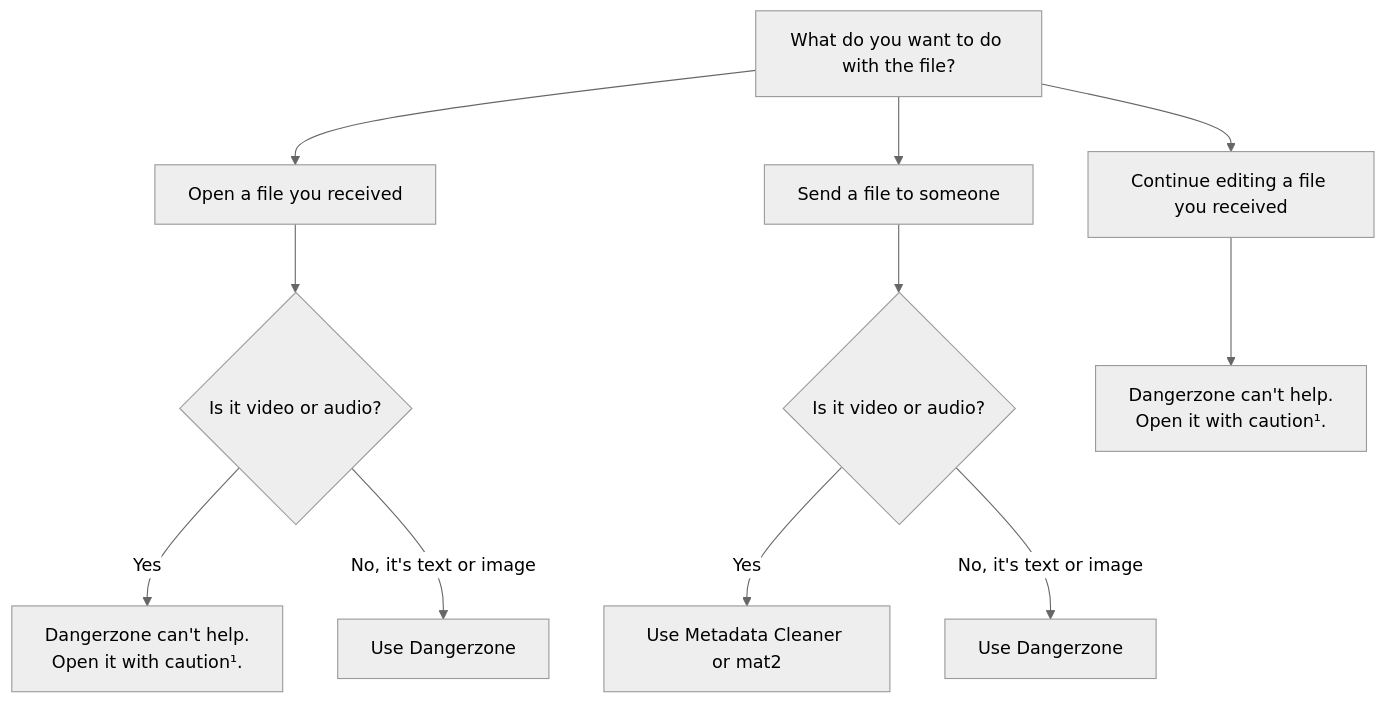
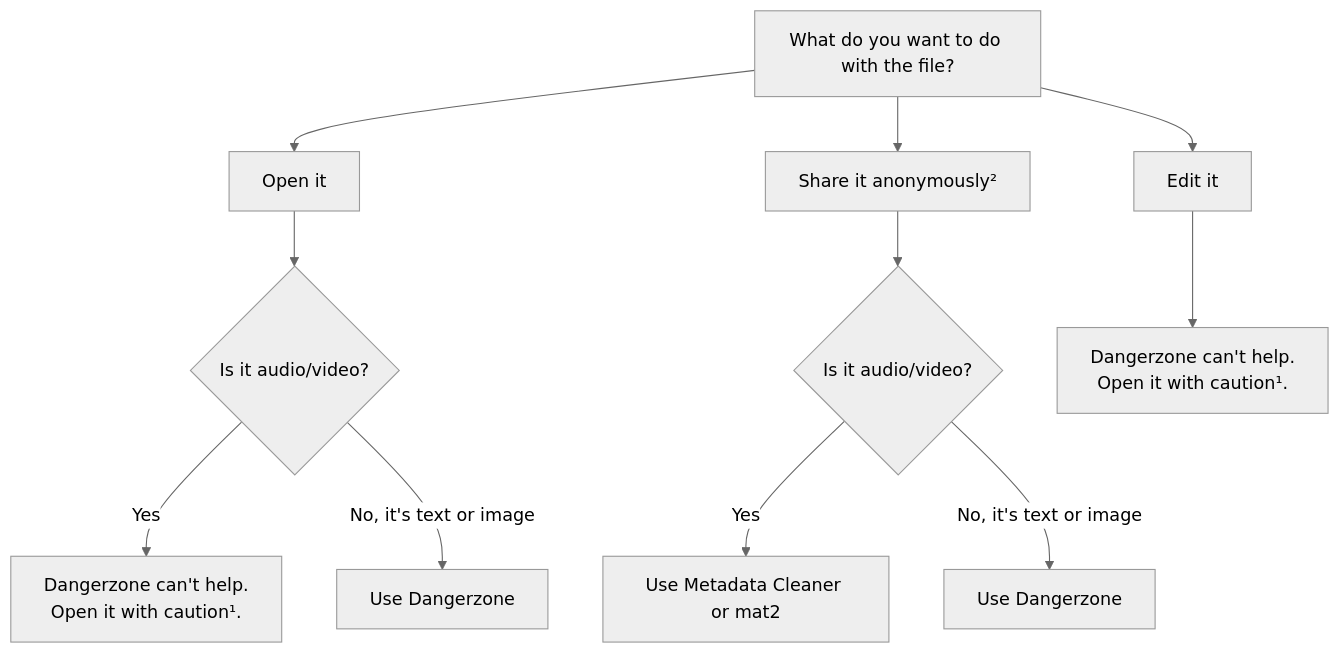
The diagram in docs/explanation/when-to-use-dangerzone.md (freedomofpress/dangerzone), drawn with Mermaid (neutral theme) before and after one commit. The commit also changed other lines of this file and 37 other files, not shown here.

````diff
--- a/docs/explanation/when-to-use-dangerzone.md
+++ b/docs/explanation/when-to-use-dangerzone.md
@@ -11,16 +11,16 @@
 ```mermaid
 flowchart TD
-    A["What do you want to do with the file?"] --> B["Open a file you received"]
-    A --> C["Send a file to someone"]
-    A --> D["Continue editing a file you received"]
+    A["What do you want to do with the file?"] --> B["Open it"]
+    A --> C["Share it anonymously²"]
+    A --> D["Edit it"]
 
-    B --> B1{"Is it video or audio?"}
+    B --> B1{"Is it audio/video?"}
     B1 -->|"Yes"| B2["Dangerzone can't help.<br/>Open it with caution¹."]
     B1 -->|"No, it's text or image"| B3["Use Dangerzone"]
 
-    C --> C1{"Is it video or audio?"}
+    C --> C1{"Is it audio/video?"}
     C1 -->|"Yes"| C2["Use Metadata Cleaner or mat2"]
     C1 -->|"No, it's text or image"| C3["Use Dangerzone"]
 
     D --> D2["Dangerzone can't help.<br/>Open it with caution¹."]
 ```
````
